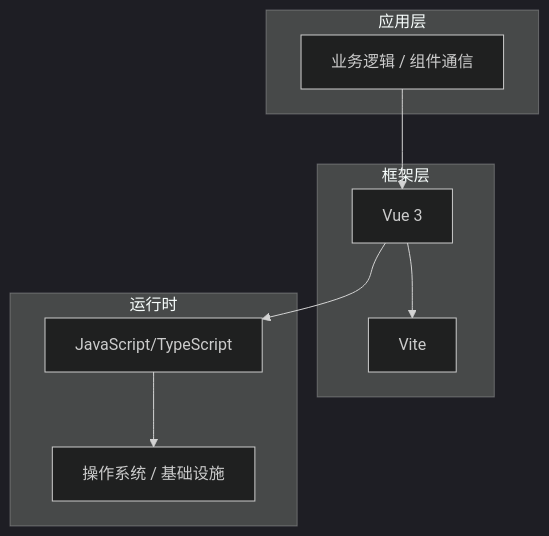
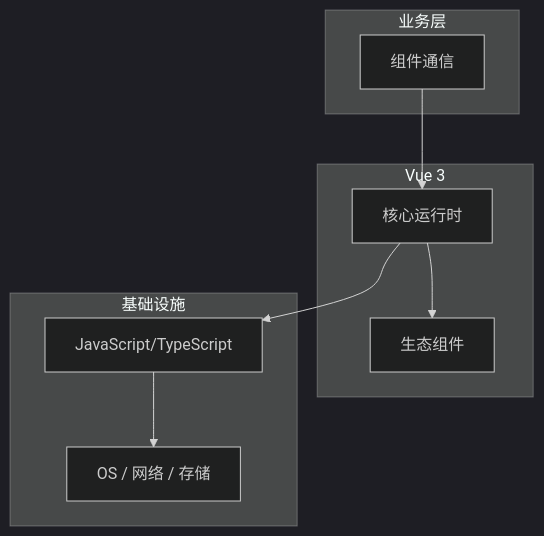
The diagram in articles/Vue/chapters/071-组件通信核心概念与原理.md (yanggan2015/knowledge-json-v2), drawn with Mermaid (dark theme) before and after one commit. The commit also changed other lines of this file and 10127 other files, not shown here.

````diff
--- a/articles/Vue/chapters/071-组件通信核心概念与原理.md
+++ b/articles/Vue/chapters/071-组件通信核心概念与原理.md
@@ -45,18 +34,18 @@
 ```mermaid
 graph TB
-    subgraph 应用层
-        A[业务逻辑 / 组件通信]
+    subgraph 业务层
+        A[组件通信]
     end
-    subgraph 框架层
-        B[Vue 3]
-        C[Vite]
+    subgraph Vue 3
+        B[核心运行时]
+        C[生态组件]
     end
-    subgraph 运行时
+    subgraph 基础设施
         D[JavaScript/TypeScript]
-        E[操作系统 / 基础设施]
+        E[OS / 网络 / 存储]
     end
     A --> B
     B --> C
     B --> D
     D --> E
 ```
````
